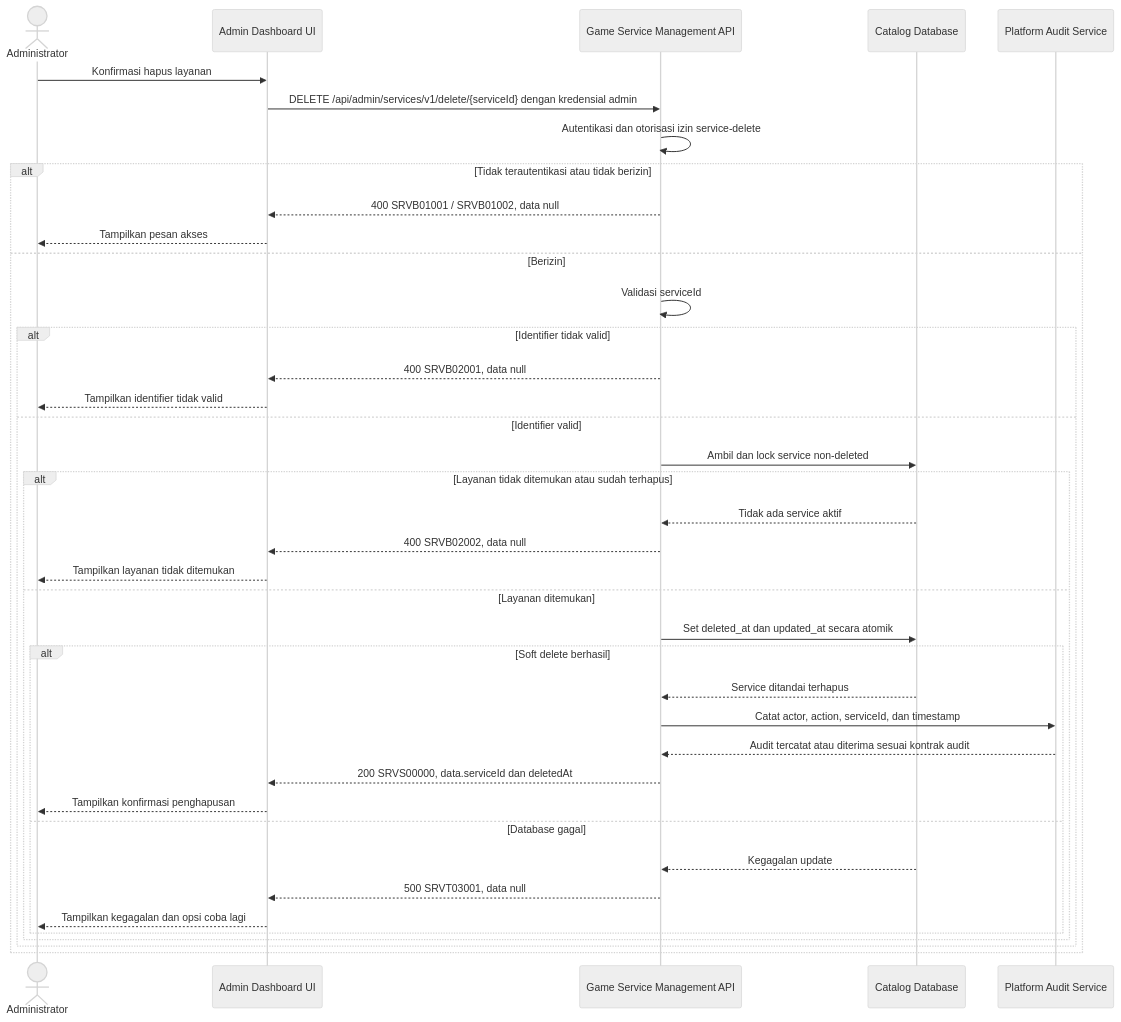
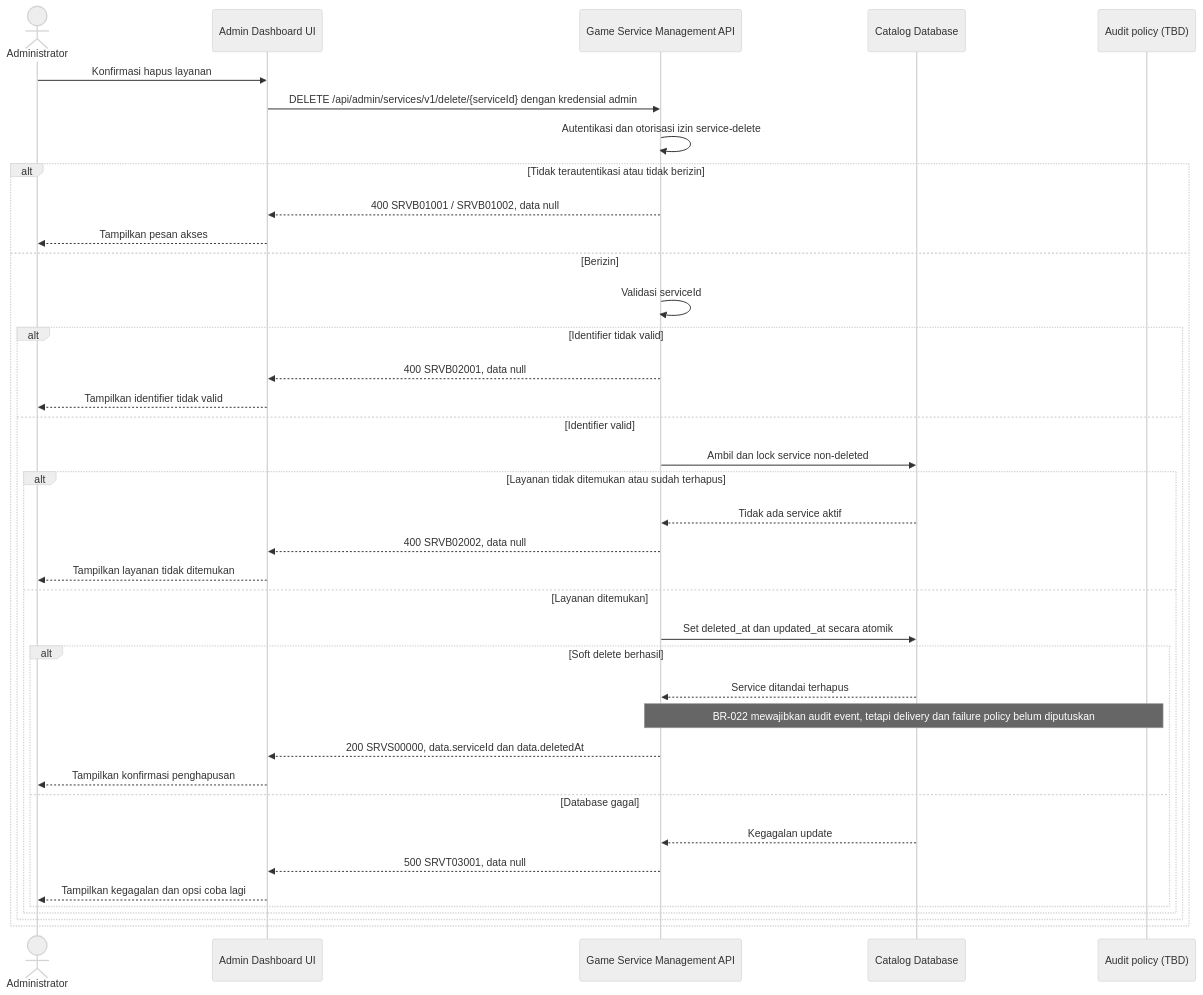
The diagram in sprint-2/solutioning/dashboard/services/delete-service.md (fatihmuhamadridho/docs-game-service-platform), drawn with Mermaid (neutral theme) before and after one commit. The commit also changed other lines of this file and 65 other files, not shown here.

````diff
--- a/sprint-2/solutioning/dashboard/services/delete-service.md
+++ b/sprint-2/solutioning/dashboard/services/delete-service.md
@@ -14,41 +16,40 @@
 ```mermaid
 sequenceDiagram
     actor Admin as Administrator
     participant UI as Admin Dashboard UI
     participant API as Game Service Management API
     participant DB as Catalog Database
-    participant Audit as Platform Audit Service
+    participant Audit as Audit policy (TBD)
     Admin->>UI: Konfirmasi hapus layanan
     UI->>API: DELETE /api/admin/services/v1/delete/{serviceId} dengan kredensial admin
     API->>API: Autentikasi dan otorisasi izin service-delete
     alt Tidak terautentikasi atau tidak berizin
         API-->>UI: 400 SRVB01001 / SRVB01002, data null
         UI-->>Admin: Tampilkan pesan akses
     else Berizin
         API->>API: Validasi serviceId
         alt Identifier tidak valid
             API-->>UI: 400 SRVB02001, data null
             UI-->>Admin: Tampilkan identifier tidak valid
         else Identifier valid
             API->>DB: Ambil dan lock service non-deleted
             alt Layanan tidak ditemukan atau sudah terhapus
                 DB-->>API: Tidak ada service aktif
                 API-->>UI: 400 SRVB02002, data null
                 UI-->>Admin: Tampilkan layanan tidak ditemukan
             else Layanan ditemukan
                 API->>DB: Set deleted_at dan updated_at secara atomik
                 alt Soft delete berhasil
                     DB-->>API: Service ditandai terhapus
-                    API->>Audit: Catat actor, action, serviceId, dan timestamp
-                    Audit-->>API: Audit tercatat atau diterima sesuai kontrak audit
-                    API-->>UI: 200 SRVS00000, data.serviceId dan deletedAt
+                    Note over API,Audit: BR-022 mewajibkan audit event, tetapi delivery dan failure policy belum diputuskan
+                    API-->>UI: 200 SRVS00000, data.serviceId dan data.deletedAt
                     UI-->>Admin: Tampilkan konfirmasi penghapusan
                 else Database gagal
                     DB-->>API: Kegagalan update
                     API-->>UI: 500 SRVT03001, data null
                     UI-->>Admin: Tampilkan kegagalan dan opsi coba lagi
                 end
             end
         end
     end
 ```
````
